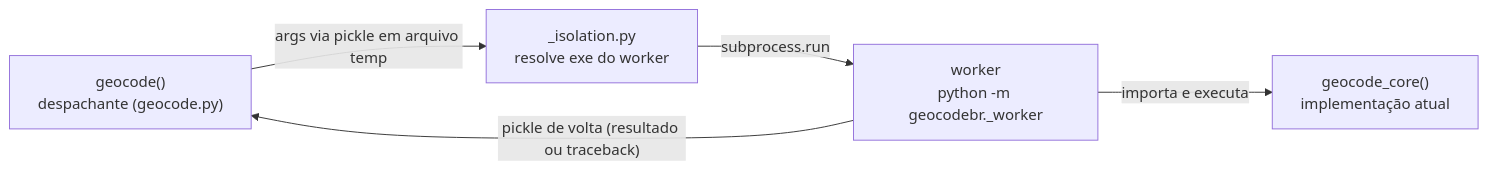
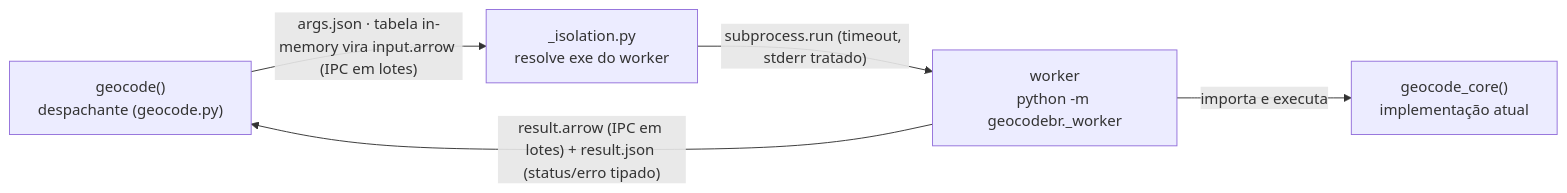
Before and after one commit to ipea/geocodebr: the diagram in quality_reports/plans/2026-09-08_python_deterioracao-e-nivel-heap-windows.md, drawn with Mermaid. The commit also changed other lines of this file and 13 other files, not shown here.

````diff
--- a/quality_reports/plans/2026-09-08_python_deterioracao-e-nivel-heap-windows.md
+++ b/quality_reports/plans/2026-09-08_python_deterioracao-e-nivel-heap-windows.md
@@ -16,7 +31,7 @@
 ```mermaid
 flowchart LR
-    A["geocode()\ndespachante (geocode.py)"] -->|"args via pickle em arquivo temp"| B["_isolation.py\nresolve exe do worker"]
-    B -->|"subprocess.run"| C["worker\npython -m geocodebr._worker"]
+    A["geocode()\ndespachante (geocode.py)"] -->|"args.json · tabela in-memory vira input.arrow (IPC em lotes)"| B["_isolation.py\nresolve exe do worker"]
+    B -->|"subprocess.run (timeout, stderr tratado)"| C["worker\npython -m geocodebr._worker"]
     C -->|"importa e executa"| D["geocode_core()\nimplementação atual"]
-    C -->|"pickle de volta (resultado ou traceback)"| A
+    C -->|"result.arrow (IPC em lotes) + result.json (status/erro tipado)"| A
 ```
````
